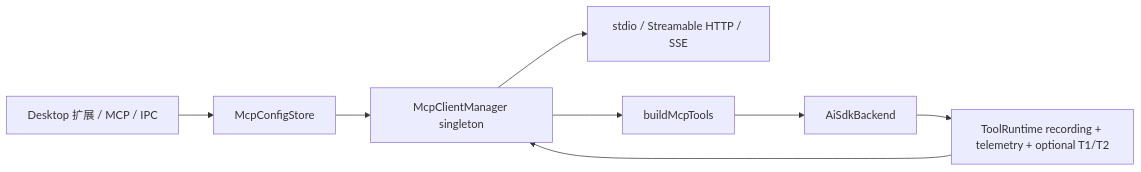
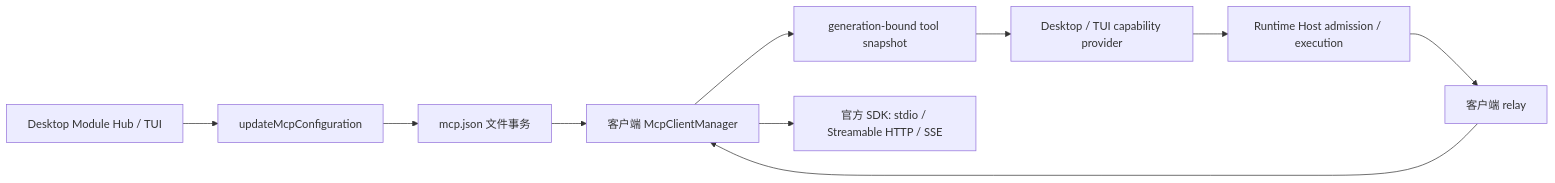
One commit to apache/maka changed the diagram in docs/architecture/mcp-runtime-architecture-draft.zh-CN.md. Above: the diagram before and after it, drawn with Mermaid. The commit also changed other lines of this file and 22 other files, not shown here.

````diff
--- a/docs/architecture/mcp-runtime-architecture-draft.zh-CN.md
+++ b/docs/architecture/mcp-runtime-architecture-draft.zh-CN.md
@@ -70,10 +70,12 @@
 ```mermaid
 flowchart LR
-  UI["Desktop 扩展 / MCP / IPC"] --> Store["McpConfigStore"]
-  Store --> Manager["McpClientManager singleton"]
-  Manager --> Transport["stdio / Streamable HTTP / SSE"]
-  Manager --> Adapter["buildMcpTools"]
-  Adapter --> Backend["AiSdkBackend"]
-  Backend --> Runtime["ToolRuntime recording + telemetry + optional T1/T2"]
-  Runtime --> Manager
+  UI["Desktop Module Hub / TUI"] --> Mutation["updateMcpConfiguration"]
+  Mutation --> Store["mcp.json 文件事务"]
+  Store --> Manager["客户端 McpClientManager"]
+  Manager --> Snapshot["generation-bound tool snapshot"]
+  Snapshot --> Provider["Desktop / TUI capability provider"]
+  Provider --> Host["Runtime Host admission / execution"]
+  Host --> Relay["客户端 relay"]
+  Relay --> Manager
+  Manager --> Transport["官方 SDK: stdio / Streamable HTTP / SSE"]
 ```
````
